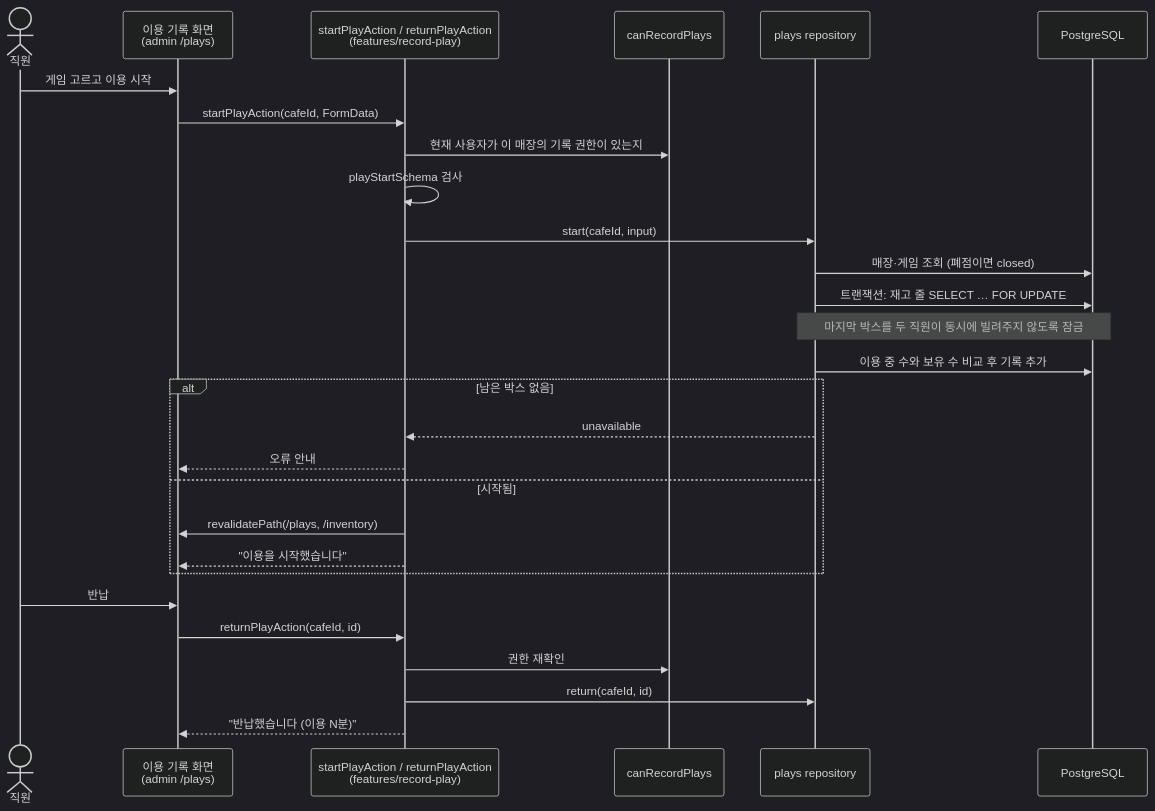
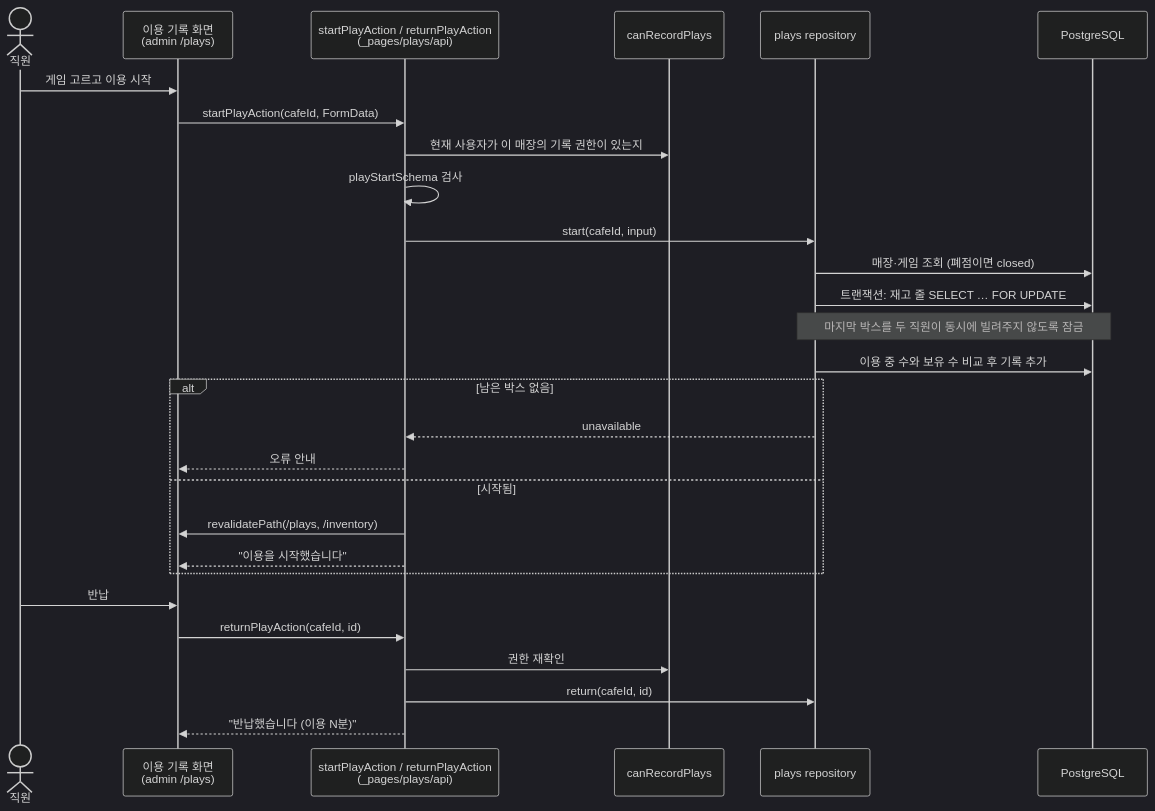
Before and after one commit to ryushin01/avocado-monorepo: the third of 3 diagrams in docs/sequence-diagrams.md, drawn with Mermaid (dark theme). The commit also changed 340 other files, not shown here.

````diff
--- a/docs/sequence-diagrams.md
+++ b/docs/sequence-diagrams.md
@@ -73,31 +73,31 @@
 ```mermaid
 sequenceDiagram
     actor 직원
     participant 화면 as 이용 기록 화면<br/>(admin /plays)
-    participant 액션 as startPlayAction / returnPlayAction<br/>(features/record-play)
+    participant 액션 as startPlayAction / returnPlayAction<br/>(_pages/plays/api)
     participant 권한 as canRecordPlays
     participant 저장소 as plays repository
     participant DB as PostgreSQL
 
     직원->>화면: 게임 고르고 이용 시작
     화면->>액션: startPlayAction(cafeId, FormData)
     액션->>권한: 현재 사용자가 이 매장의 기록 권한이 있는지
     액션->>액션: playStartSchema 검사
     액션->>저장소: start(cafeId, input)
     저장소->>DB: 매장·게임 조회 (폐점이면 closed)
     저장소->>DB: 트랜잭션: 재고 줄 SELECT … FOR UPDATE
     Note over 저장소,DB: 마지막 박스를 두 직원이 동시에 빌려주지 않도록 잠금
     저장소->>DB: 이용 중 수와 보유 수 비교 후 기록 추가
     alt 남은 박스 없음
         저장소-->>액션: unavailable
         액션-->>화면: 오류 안내
     else 시작됨
         액션->>화면: revalidatePath(/plays, /inventory)
         액션-->>화면: "이용을 시작했습니다"
     end
     직원->>화면: 반납
     화면->>액션: returnPlayAction(cafeId, id)
     액션->>권한: 권한 재확인
     액션->>저장소: return(cafeId, id)
     액션-->>화면: "반납했습니다 (이용 N분)"
 ```
````
